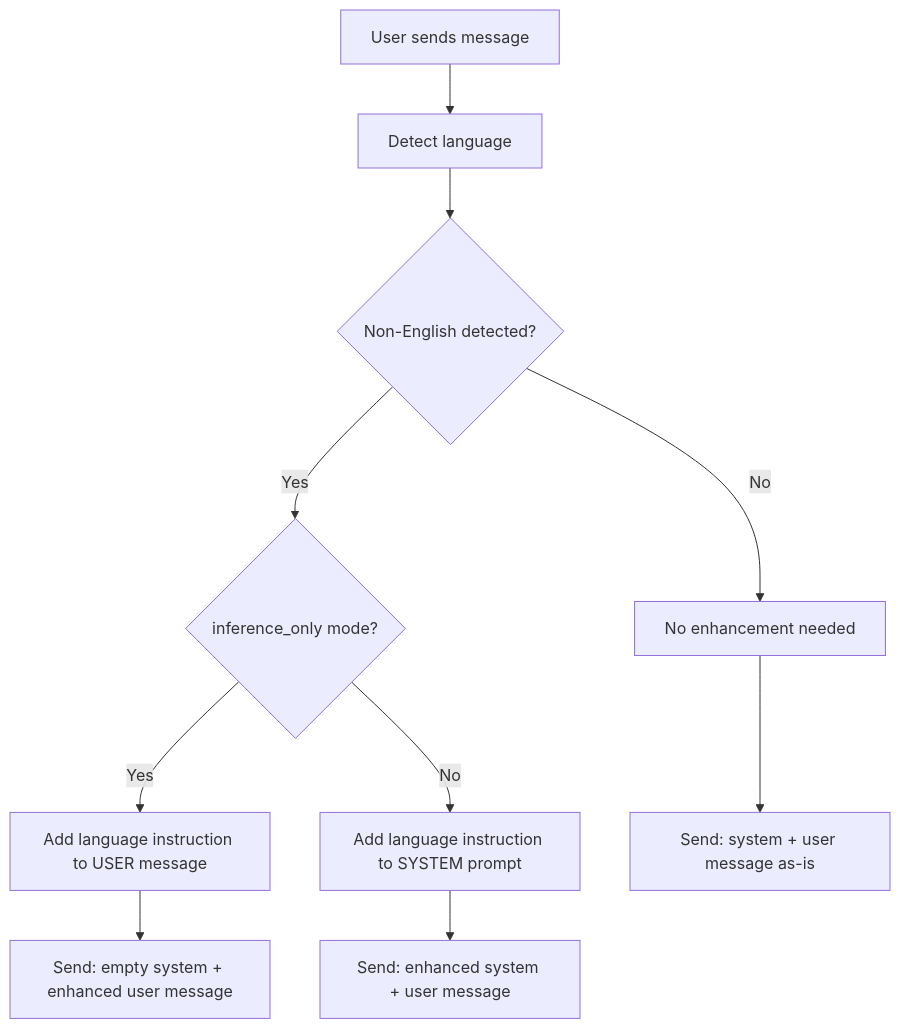
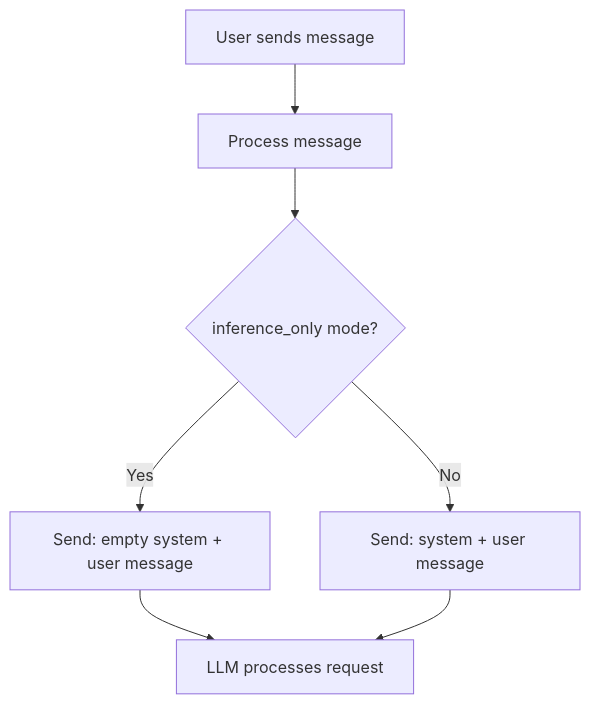
One commit to schmitech/orbit changed the diagram in docs/chat_service_system_prompts.md. Above: the diagram before and after it, drawn with Mermaid. The commit also changed other lines of this file and 14 other files, not shown here.

````diff
--- a/docs/chat_service_system_prompts.md
+++ b/docs/chat_service_system_prompts.md
@@ -13,12 +13,9 @@
 ```mermaid
 graph TD
-    A[User sends message] --> B[Detect language]
-    B --> C{Non-English detected?}
-    C -->|No| D[No enhancement needed]
-    C -->|Yes| E{inference_only mode?}
-    E -->|Yes| F[Add language instruction to USER message]
-    E -->|No| G[Add language instruction to SYSTEM prompt]
-    F --> H[Send: empty system + enhanced user message]
-    G --> I[Send: enhanced system + user message]
-    D --> J[Send: system + user message as-is]
+    A[User sends message] --> B[Process message]
+    B --> C{inference_only mode?}
+    C -->|Yes| D[Send: empty system + user message]
+    C -->|No| E[Send: system + user message]
+    D --> F[LLM processes request]
+    E --> F
 ```
````
